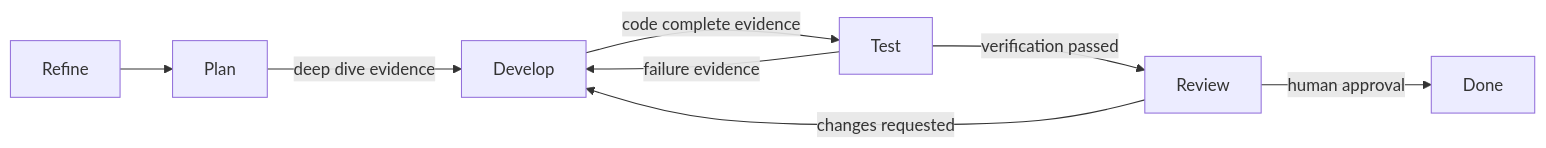
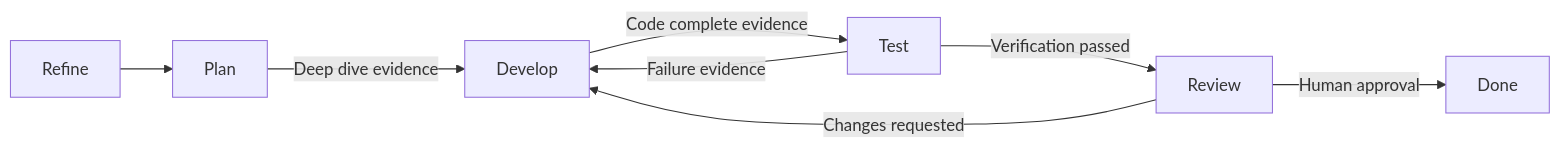
Before and after one commit to kburson/ai-task-manager: the diagram in docs/articles/assets/diagrams/07-evidence-beats-trust.mmd, drawn with Mermaid. The commit also changed other lines of this file and 3 other files, not shown here.

First line of the commit message:
[#1102] fix(articles): reconcile drifted diagram pairs

```diff
--- a/docs/articles/assets/diagrams/07-evidence-beats-trust.mmd
+++ b/docs/articles/assets/diagrams/07-evidence-beats-trust.mmd
@@ -1,8 +1,8 @@
 flowchart LR
-    Refine["Refine"] --> Plan["Plan"]
-    Plan -->|deep dive evidence| Develop["Develop"]
-    Develop -->|code complete evidence| Test["Test"]
-    Test -->|verification passed| Review["Review"]
-    Review -->|human approval| Done["Done"]
-    Test -->|failure evidence| Develop
-    Review -->|changes requested| Develop
+    Refine --> Plan
+    Plan -->|Deep dive evidence| Develop
+    Develop -->|Code complete evidence| Test
+    Test -->|Verification passed| Review
+    Review -->|Human approval| Done
+    Test -->|Failure evidence| Develop
+    Review -->|Changes requested| Develop
```
